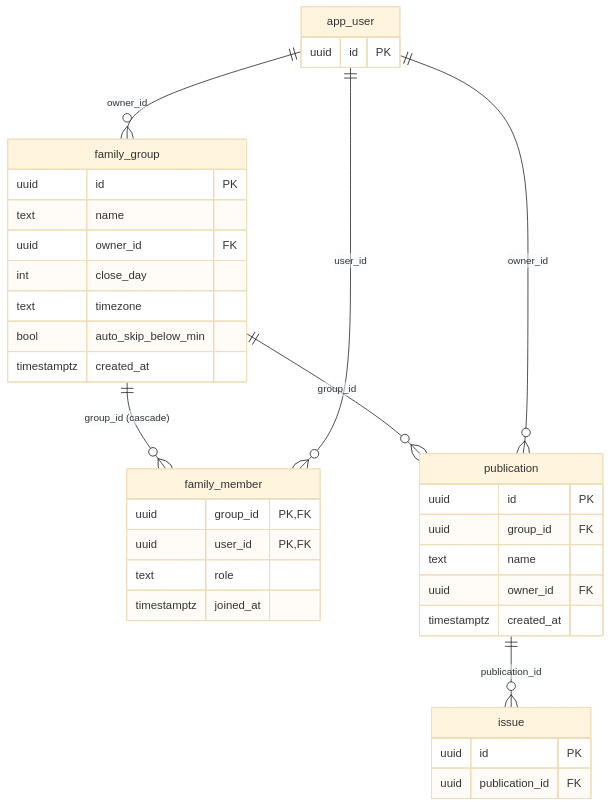
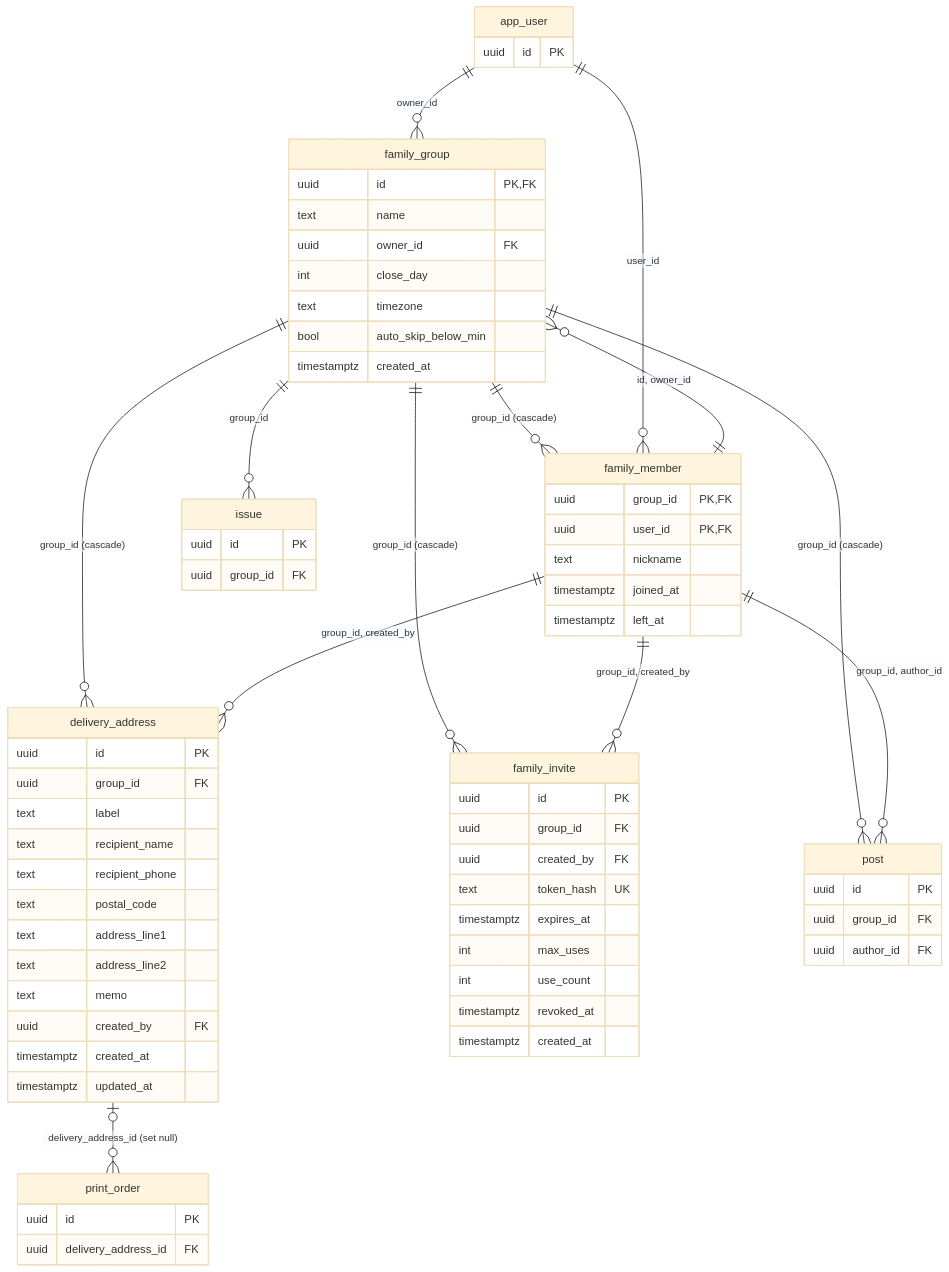
One commit to js1211-code/bogomagazine changed the fifth of 10 diagrams in docs/erd.md. Above: the diagram before and after it, drawn with Mermaid (base theme). The commit also changed other lines of this file and 35 other files, not shown here.

````diff
--- a/docs/erd.md
+++ b/docs/erd.md
@@ -280,38 +248,72 @@
 ```mermaid
 erDiagram
+    "family_group" ||--o{ "delivery_address" : "group_id (cascade)"
+    "family_member" ||--o{ "delivery_address" : "group_id, created_by"
+    "family_member" ||--o{ "family_group" : "id, owner_id"
     "app_user" ||--o{ "family_group" : "owner_id"
+    "family_group" ||--o{ "family_invite" : "group_id (cascade)"
+    "family_member" ||--o{ "family_invite" : "group_id, created_by"
     "family_group" ||--o{ "family_member" : "group_id (cascade)"
     "app_user" ||--o{ "family_member" : "user_id"
-    "publication" ||--o{ "issue" : "publication_id"
-    "family_group" ||--o{ "publication" : "group_id"
-    "app_user" ||--o{ "publication" : "owner_id"
+    "family_group" ||--o{ "issue" : "group_id"
+    "family_group" ||--o{ "post" : "group_id (cascade)"
+    "family_member" ||--o{ "post" : "group_id, author_id"
+    "delivery_address" |o--o{ "print_order" : "delivery_address_id (set null)"
+    "delivery_address" {
+        uuid id PK
+        uuid group_id FK
+        text label
+        text recipient_name
+        text recipient_phone
+        text postal_code
+        text address_line1
+        text address_line2
+        text memo
+        uuid created_by FK
+        timestamptz created_at
+        timestamptz updated_at
+    }
     "family_group" {
-        uuid id PK
+        uuid id PK, FK
         text name
         uuid owner_id FK
         int close_day
         text timezone
         bool auto_skip_below_min
         timestamptz created_at
     }
+    "family_invite" {
+        uuid id PK
+        uuid group_id FK
+        uuid created_by FK
+        text token_hash UK
+        timestamptz expires_at
+        int max_uses
+        int use_count
+        timestamptz revoked_at
+        timestamptz created_at
+    }
     "family_member" {
         uuid group_id PK, FK
         uuid user_id PK, FK
-        text role
+        text nickname
         timestamptz joined_at
-    }
-    "publication" {
-        uuid id PK
-        uuid group_id FK
-        text name
-        uuid owner_id FK
-        timestamptz created_at
+        timestamptz left_at
     }
     "app_user" {
         uuid id PK
     }
     "issue" {
         uuid id PK
-        uuid publication_id FK
+        uuid group_id FK
+    }
+    "post" {
+        uuid id PK
+        uuid group_id FK
+        uuid author_id FK
+    }
+    "print_order" {
+        uuid id PK
+        uuid delivery_address_id FK
     }
 ```
````
